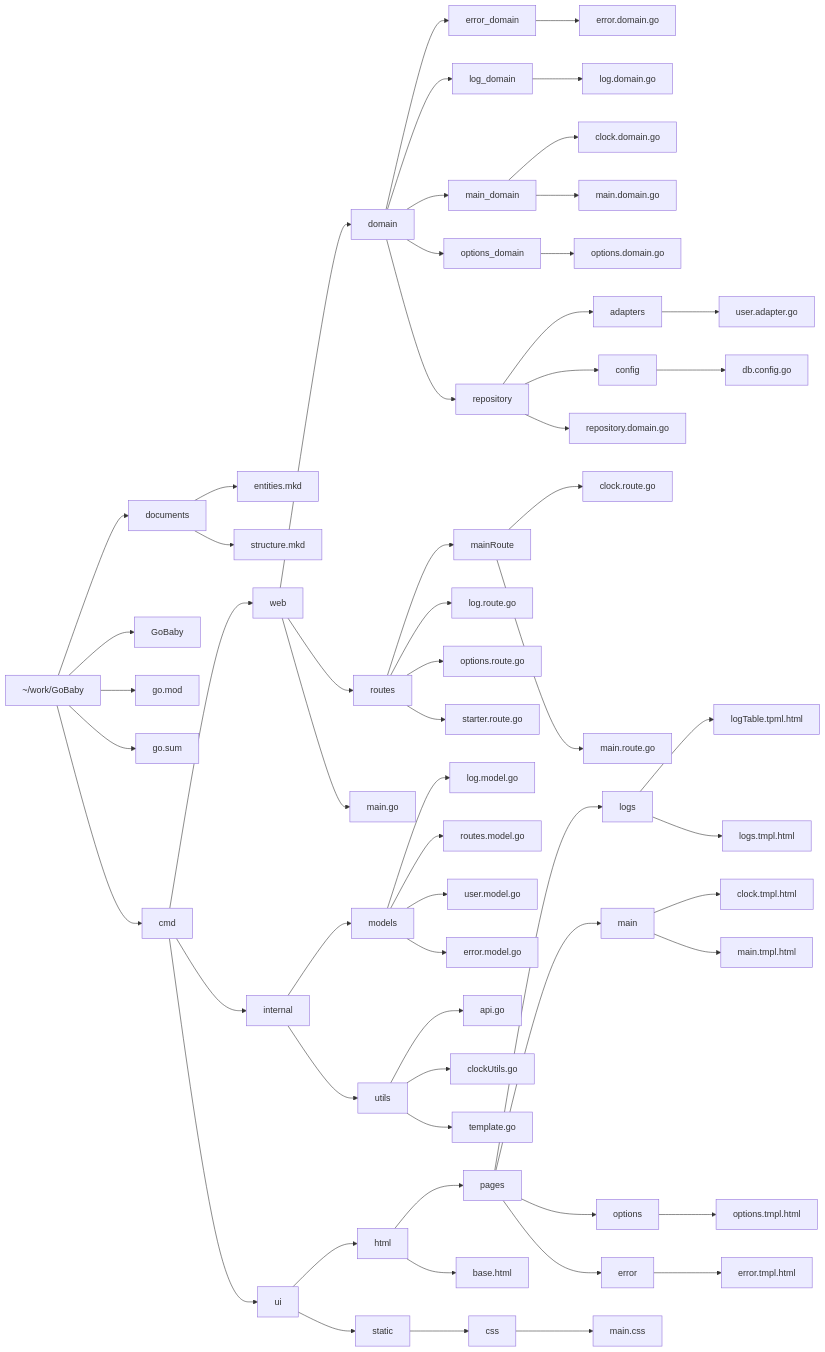
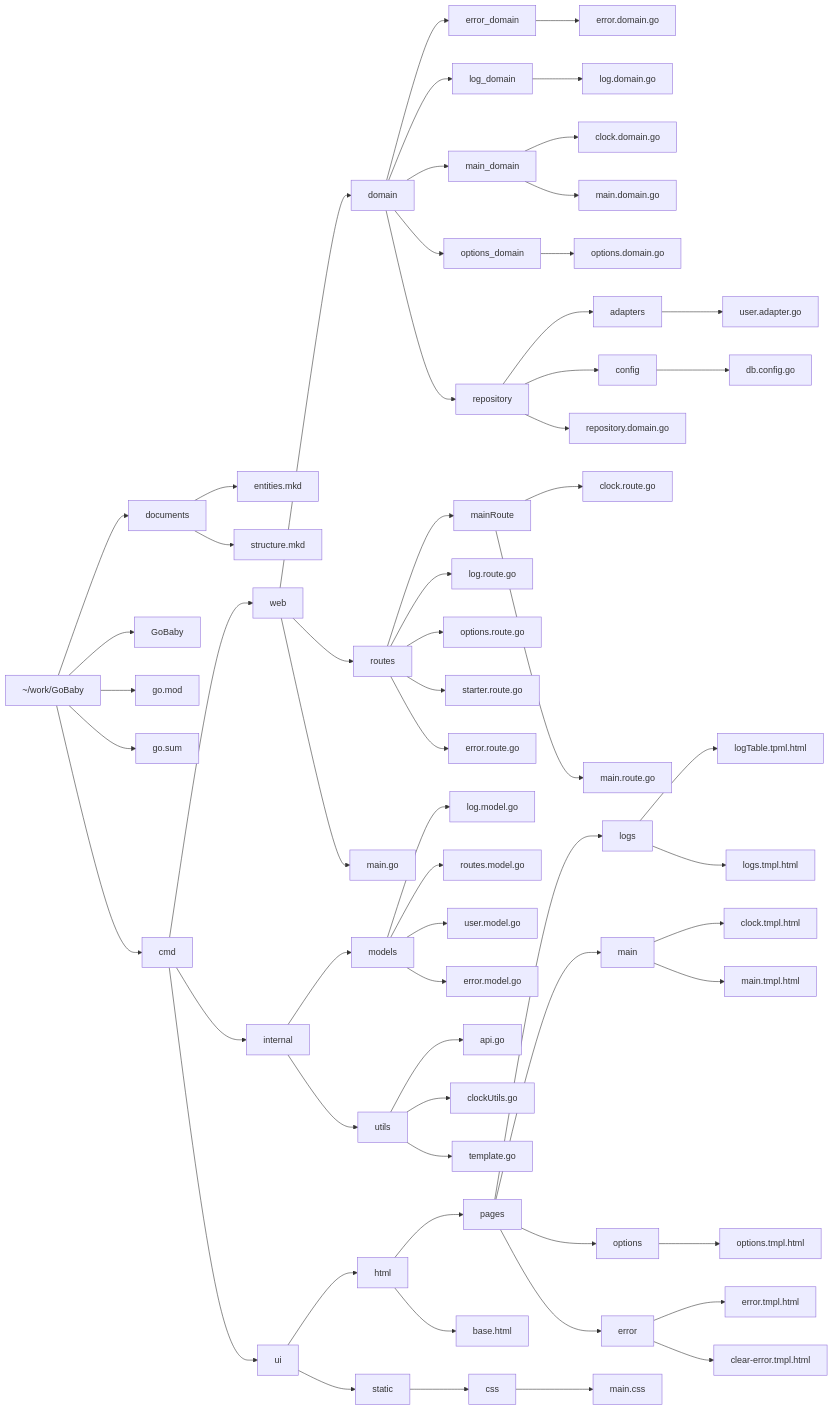
The diagram in readme.md (Gentleman-Programming/GoBaby), drawn with Mermaid before and after one commit. The commit also changed 14 other files, not shown here.

````diff
--- a/readme.md
+++ b/readme.md
@@ -33,69 +33,71 @@
 ```mermaid
 graph LR;
 A[~/work/GoBaby]
 
 A --> documents
 documents
 documents --> entities.mkd
 documents --> structure.mkd
 
 A --> GoBaby
 A --> go.mod
 A --> go.sum
 A --> cmd
 
 cmd --> web
 web --> domain
 domain --> error_domain
 error_domain --> error.domain.go
 domain --> log_domain
 log_domain --> log.domain.go
 domain --> main_domain
 main_domain --> clock.domain.go
 main_domain --> main.domain.go
 domain --> options_domain
 options_domain --> options.domain.go
 domain --> repository
 repository --> adapters
 adapters --> user.adapter.go
 repository --> config
 config --> db.config.go
 repository --> repository.domain.go
 web --> routes
 routes --> mainRoute
 mainRoute --> clock.route.go
 mainRoute --> main.route.go
 routes --> log.route.go
 routes --> options.route.go
 routes --> starter.route.go
+routes --> error.route.go
 web --> main.go
 
 cmd --> internal
 internal --> models
 models --> log.model.go
 models --> routes.model.go
 models --> user.model.go
 models --> error.model.go
 internal --> utils
 utils --> api.go
 utils --> clockUtils.go
 utils --> template.go
 
 cmd --> ui
 ui --> html
 html --> pages
 pages --> logs
 logs --> logTable.tpml.html
 logs --> logs.tmpl.html
 pages --> main
 main --> clock.tmpl.html
 main --> main.tmpl.html
 pages --> options
 options --> options.tmpl.html
 pages --> error
 error --> error.tmpl.html
+error --> clear-error.tmpl.html
 html --> base.html
 ui --> static
 static --> css
 css --> main.css
 ```
````
